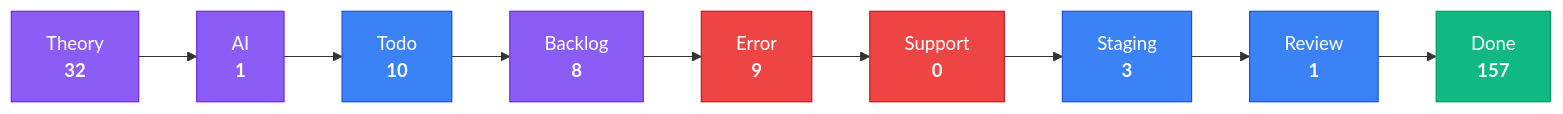
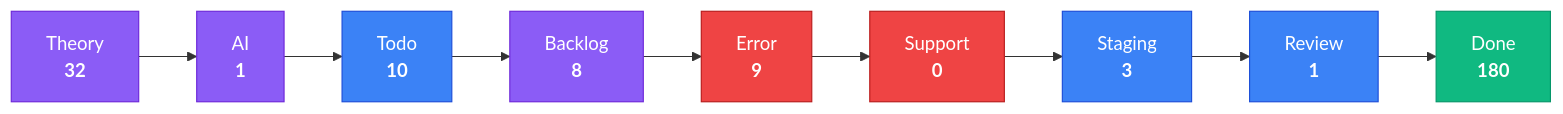
The third of 4 diagrams in apps/kbve/astro-kbve/src/content/docs/dashboard/kanban-data.mdx (KBVE/kbve), drawn with Mermaid before and after one commit. The commit also changed other lines of this file and 8 other files, not shown here.

````diff
--- a/apps/kbve/astro-kbve/src/content/docs/dashboard/kanban-data.mdx
+++ b/apps/kbve/astro-kbve/src/content/docs/dashboard/kanban-data.mdx
@@ -80,28 +80,28 @@
 ```mermaid
 flowchart LR
     classDef planning fill:#8b5cf6,stroke:#6d28d9,color:#fff
     classDef active fill:#3b82f6,stroke:#1d4ed8,color:#fff
     classDef blocked fill:#ef4444,stroke:#b91c1c,color:#fff
     classDef done fill:#10b981,stroke:#059669,color:#fff
     Theory["Theory<br/><strong>32</strong>"]
     Theory --> AI
     AI["AI<br/><strong>1</strong>"]
     AI --> Todo
     Todo["Todo<br/><strong>10</strong>"]
     Todo --> Backlog
     Backlog["Backlog<br/><strong>8</strong>"]
     Backlog --> Error
     Error["Error<br/><strong>9</strong>"]
     Error --> Support
     Support["Support<br/><strong>0</strong>"]
     Support --> Staging
     Staging["Staging<br/><strong>3</strong>"]
     Staging --> Review
     Review["Review<br/><strong>1</strong>"]
     Review --> Done
-    Done["Done<br/><strong>157</strong>"]
+    Done["Done<br/><strong>180</strong>"]
     class Theory,AI,Backlog planning
     class Todo,Staging,Review active
     class Error,Support blocked
     class Done done
 ```
````
